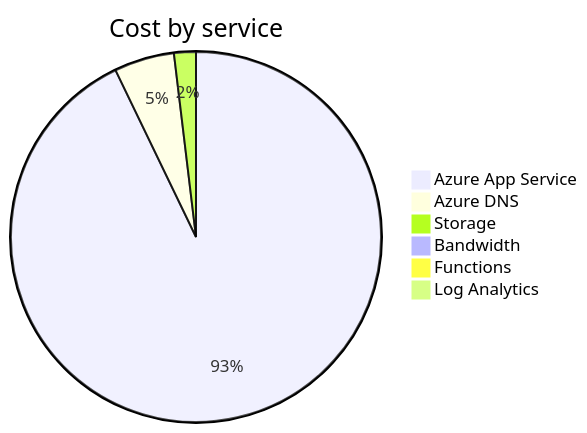
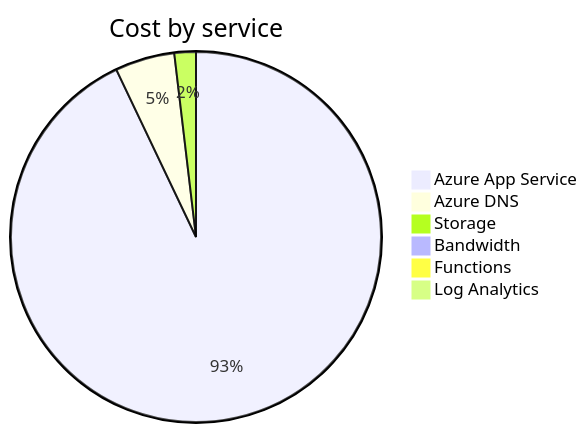
One commit to jpfulton/azure-personal-reports changed the second of 4 diagrams in cost-reports/accumulated-cost.md. Above: the diagram before and after it, drawn with Mermaid. The commit also changed other lines of this file and 4 other files, not shown here.

````diff
--- a/cost-reports/accumulated-cost.md
+++ b/cost-reports/accumulated-cost.md
@@ -98,10 +98,10 @@
 ```mermaid
 pie
    title Cost by service
-   "Azure App Service" : 5.84
-   "Azure DNS" : 0.33
-   "Storage" : 0.12
+   "Azure App Service" : 6.44
+   "Azure DNS" : 0.36
+   "Storage" : 0.13
    "Bandwidth" : 0.00
    "Functions" : 0.00
    "Log Analytics" : 0.00
 ```
````
